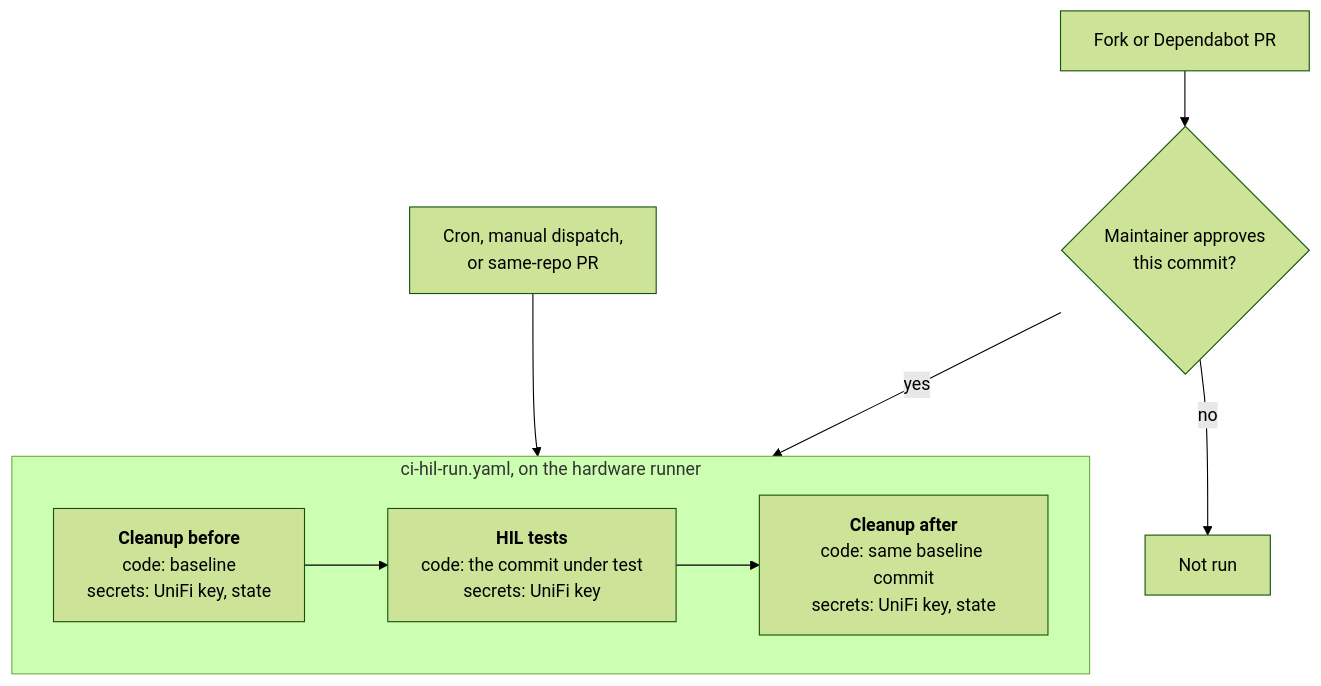
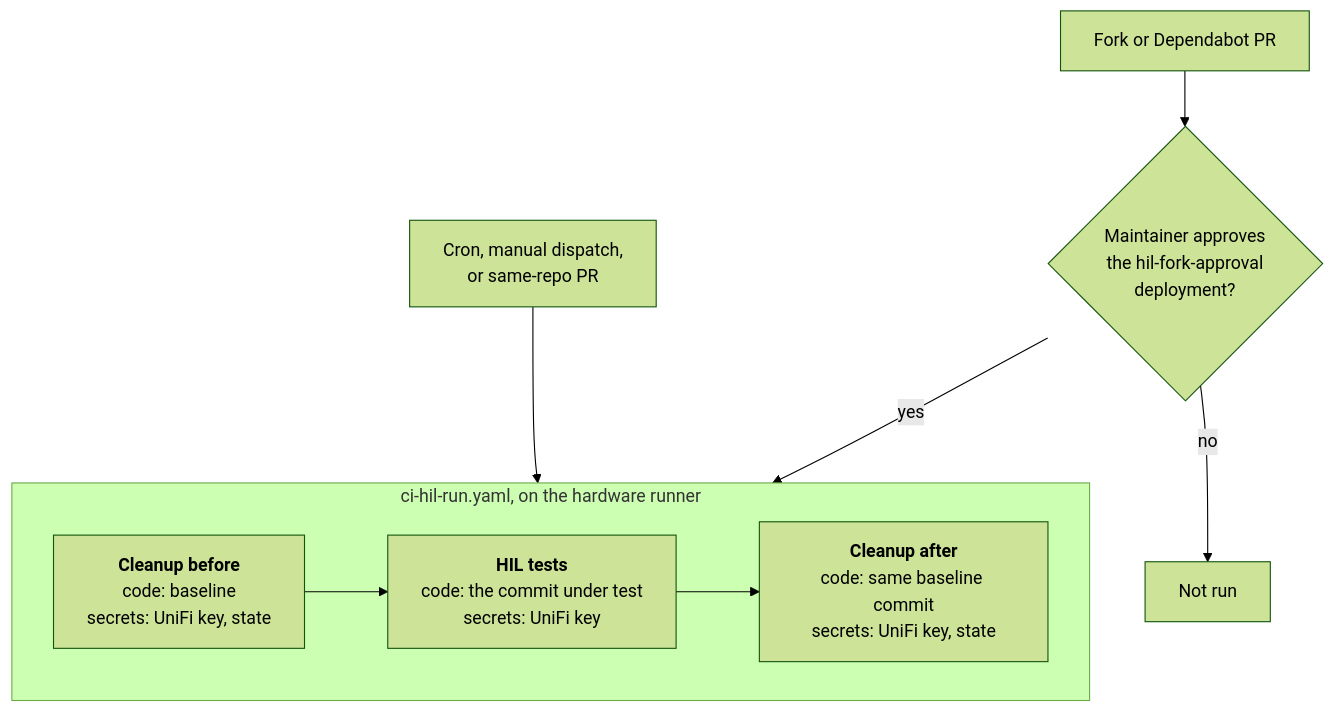
One commit to alexklibisz/terraform-provider-terrifi changed the first of 2 diagrams in hardware-testing/SECURITY.md. Above: the diagram before and after it, drawn with Mermaid (forest theme).

Commit message:
Name the approval in the HIL run diagram

````diff
--- a/hardware-testing/SECURITY.md
+++ b/hardware-testing/SECURITY.md
@@ -34,18 +34,18 @@
 ```mermaid
 flowchart TD
     trusted["Cron, manual dispatch,<br/>or same-repo PR"]
     untrusted["Fork or Dependabot PR"]
-    gate{"Maintainer approves<br/>this commit?"}
+    gate{"Maintainer approves<br/>the hil-fork-approval<br/>deployment?"}
     untrusted --> gate
     gate -->|no| skipped["Not run"]
     trusted --> run
     gate -->|yes| run
 
     subgraph run["ci-hil-run.yaml, on the hardware runner"]
         direction LR
         before["<b>Cleanup before</b><br/>code: baseline<br/>secrets: UniFi key, state"]
         tests["<b>HIL tests</b><br/>code: the commit under test<br/>secrets: UniFi key"]
         after["<b>Cleanup after</b><br/>code: same baseline commit<br/>secrets: UniFi key, state"]
         before --> tests --> after
     end
 ```
````
